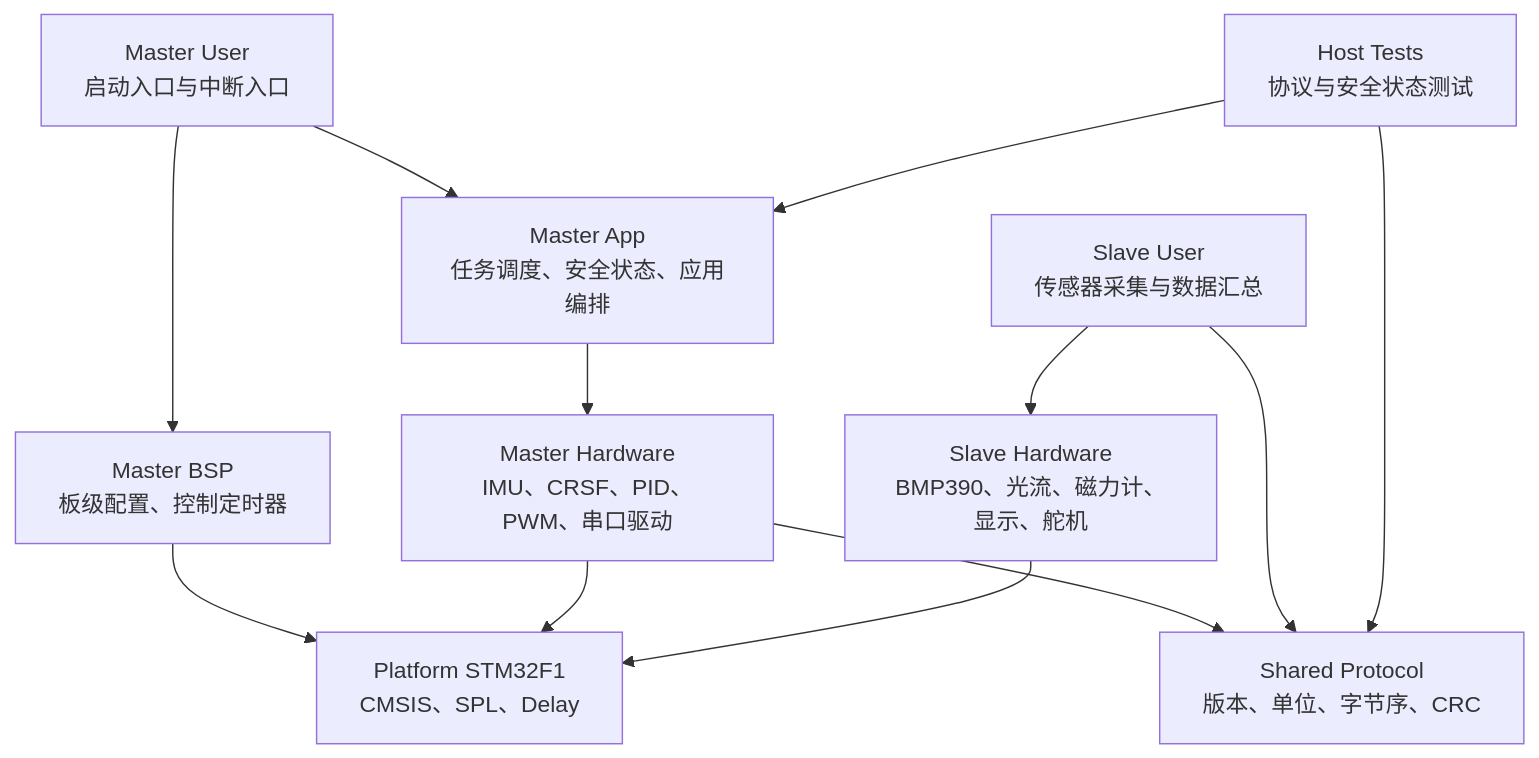
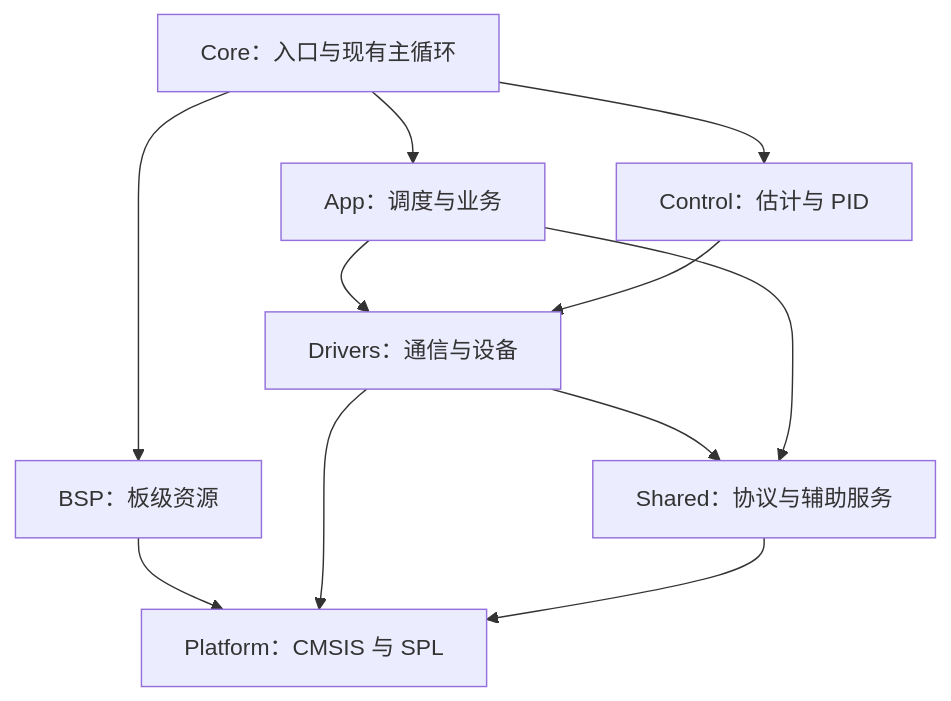
One commit to psaalpha/Quadcopter changed the first of 5 diagrams in docs/ARCHITECTURE.md. Above: the diagram before and after it, drawn with Mermaid. The commit also changed other lines of this file and 143 other files, not shown here.

````diff
--- a/docs/ARCHITECTURE.md
+++ b/docs/ARCHITECTURE.md
@@ -125,28 +125,13 @@
 ```mermaid
 flowchart TD
-    MASTER_USER["Master User<br/>启动入口与中断入口"]
-    MASTER_APP["Master App<br/>任务调度、安全状态、应用编排"]
-    MASTER_BSP["Master BSP<br/>板级配置、控制定时器"]
-    MASTER_HW["Master Hardware<br/>IMU、CRSF、PID、PWM、串口驱动"]
-
-    SLAVE_USER["Slave User<br/>传感器采集与数据汇总"]
-    SLAVE_HW["Slave Hardware<br/>BMP390、光流、磁力计、显示、舵机"]
-
-    PROTOCOL["Shared Protocol<br/>版本、单位、字节序、CRC"]
-    PLATFORM["Platform STM32F1<br/>CMSIS、SPL、Delay"]
-    HOST_TESTS["Host Tests<br/>协议与安全状态测试"]
-
-    MASTER_USER --> MASTER_APP
-    MASTER_USER --> MASTER_BSP
-    MASTER_APP --> MASTER_HW
-    MASTER_BSP --> PLATFORM
-    MASTER_HW --> PLATFORM
-    MASTER_HW --> PROTOCOL
-
-    SLAVE_USER --> SLAVE_HW
-    SLAVE_USER --> PROTOCOL
-    SLAVE_HW --> PLATFORM
-
-    HOST_TESTS --> PROTOCOL
-    HOST_TESTS --> MASTER_APP
+    CORE["Core：入口与现有主循环"] --> APP["App：调度与业务"]
+    CORE --> CONTROL["Control：估计与 PID"]
+    APP --> DRIVERS["Drivers：通信与设备"]
+    CORE --> BSP["BSP：板级资源"]
+    CONTROL --> DRIVERS
+    DRIVERS --> SHARED["Shared：协议与辅助服务"]
+    APP --> SHARED
+    BSP --> PLATFORM["Platform：CMSIS 与 SPL"]
+    DRIVERS --> PLATFORM
+    SHARED --> PLATFORM
 ```
````
